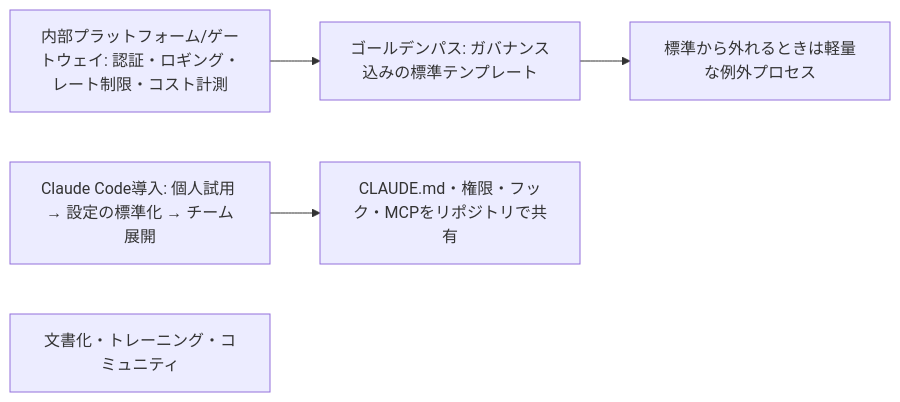
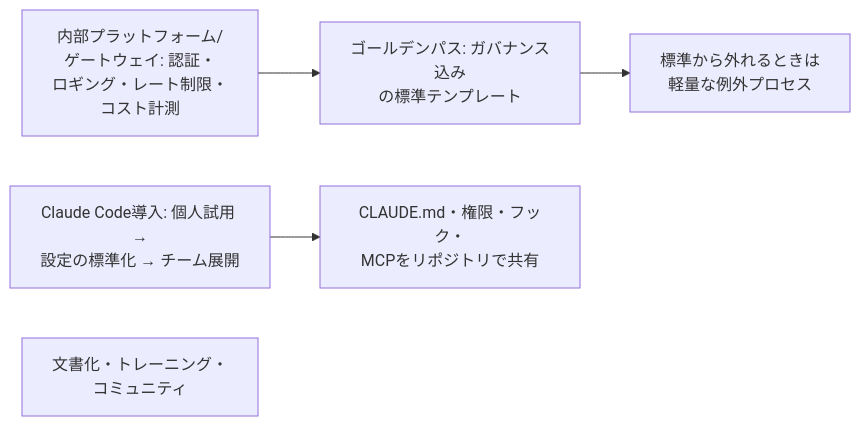
Before and after one commit to shingo0321/study: the eighth of 8 diagrams in claude/architect-professional/overview.md, drawn with Mermaid. The commit also changed other lines of this file and 5 other files, not shown here.

First line of the commit message:
Mermaid俯瞰図を横スクロールなしで表示できるよう調整

````diff
--- a/claude/architect-professional/overview.md
+++ b/claude/architect-professional/overview.md
@@ -232,8 +232,8 @@
 ```mermaid
 flowchart LR
-  P["内部プラットフォーム/ゲートウェイ: 認証・ロギング・レート制限・コスト計測"] --> GP["ゴールデンパス: ガバナンス込みの標準テンプレート"]
-  GP --> EX["標準から外れるときは軽量な例外プロセス"]
-  CC["Claude Code導入: 個人試用 → 設定の標準化 → チーム展開"]
-  CC --> ST["CLAUDE.md・権限・フック・MCPをリポジトリで共有"]
-  DOC["文書化・トレーニング・コミュニティ"]
+  P["内部プラットフォーム/<br/>ゲートウェイ: 認証・<br/>ロギング・レート制限・<br/>コスト計測"] --> GP["ゴールデンパス: ガバナンス込み<br/>の標準テンプレート"]
+  GP --> EX["標準から外れるときは<br/>軽量な例外プロセス"]
+  CC["Claude Code導入: 個人試用 →<br/>設定の標準化 → チーム展開"]
+  CC --> ST["CLAUDE.md・権限・フック・<br/>MCPをリポジトリで共有"]
+  DOC["文書化・トレーニング・<br/>コミュニティ"]
 ```
````
